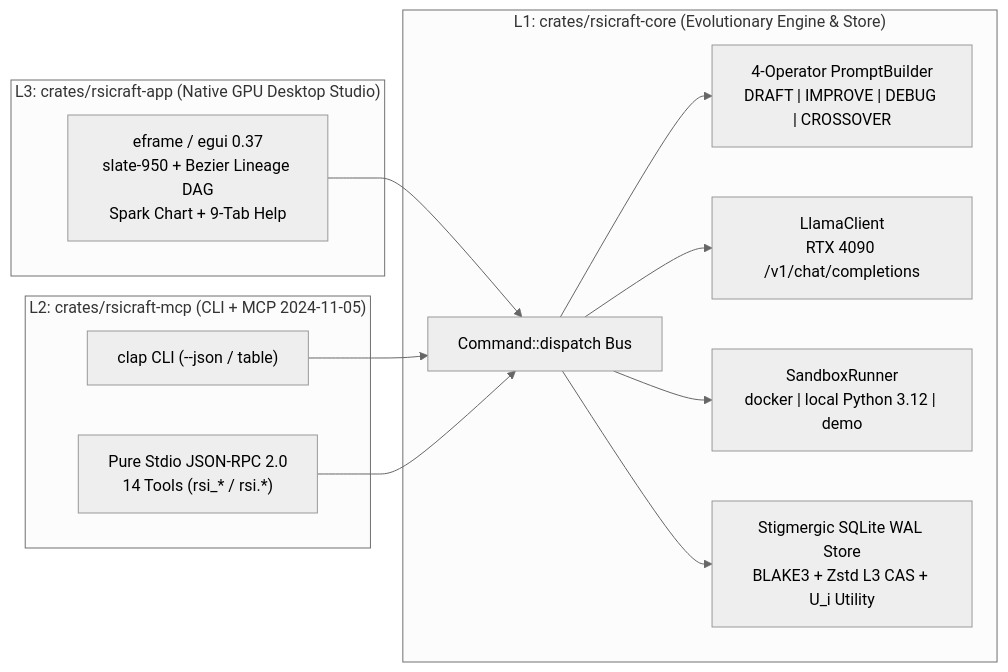
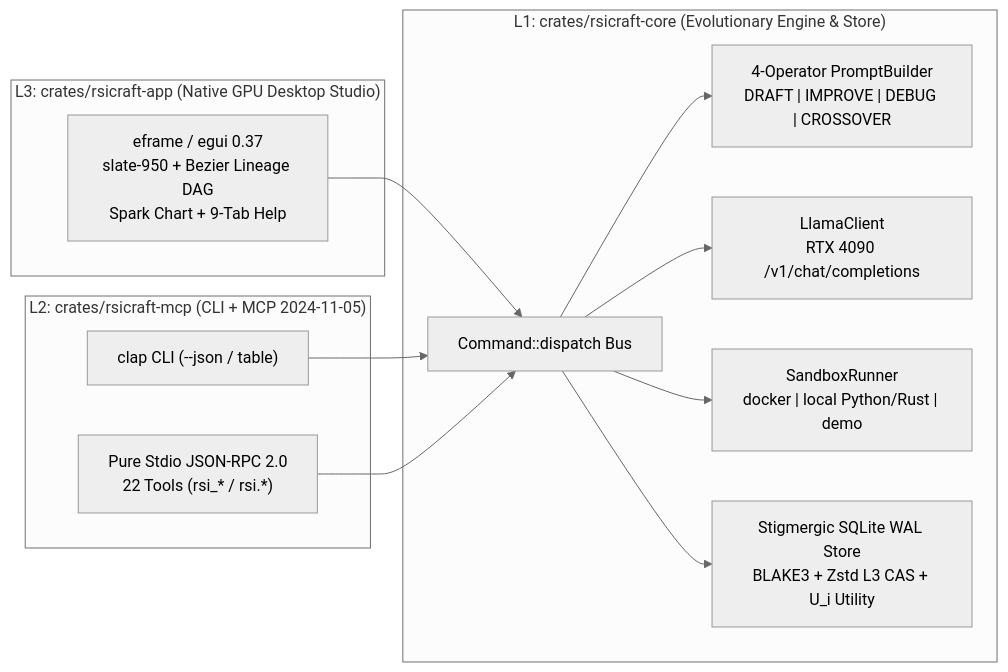
One commit to sandraschi/rsicraft changed the diagram in docs/ARCHITECTURE.md. Above: the diagram before and after it, drawn with Mermaid (neutral theme). The commit also changed other lines of this file and 8 other files, not shown here.

Commit message:
docs: synchronize all architecture, PRD, install, and configuration specs with 22-tool surface

````diff
--- a/docs/ARCHITECTURE.md
+++ b/docs/ARCHITECTURE.md
@@ -9,24 +9,24 @@
 ```mermaid
 flowchart LR
     subgraph L3["L3: crates/rsicraft-app (Native GPU Desktop Studio)"]
         UI["eframe / egui 0.37\nslate-950 + Bezier Lineage DAG\nSpark Chart + 9-Tab Help"]
     end
     subgraph L2["L2: crates/rsicraft-mcp (CLI + MCP 2024-11-05)"]
         CLI["clap CLI (--json / table)"]
-        MCP["Pure Stdio JSON-RPC 2.0\n14 Tools (rsi_* / rsi.*)"]
+        MCP["Pure Stdio JSON-RPC 2.0\n22 Tools (rsi_* / rsi.*)"]
     end
     subgraph L1["L1: crates/rsicraft-core (Evolutionary Engine & Store)"]
         BUS["Command::dispatch Bus"]
         OPS["4-Operator PromptBuilder\nDRAFT | IMPROVE | DEBUG | CROSSOVER"]
         LLM["LlamaClient\nRTX 4090 /v1/chat/completions"]
-        SBX["SandboxRunner\ndocker | local Python 3.12 | demo"]
+        SBX["SandboxRunner\ndocker | local Python/Rust | demo"]
         DB["Stigmergic SQLite WAL Store\nBLAKE3 + Zstd L3 CAS + U_i Utility"]
     end
     UI --> BUS
     CLI --> BUS
     MCP --> BUS
     BUS --> OPS
     BUS --> LLM
     BUS --> SBX
     BUS --> DB
 ```
````
